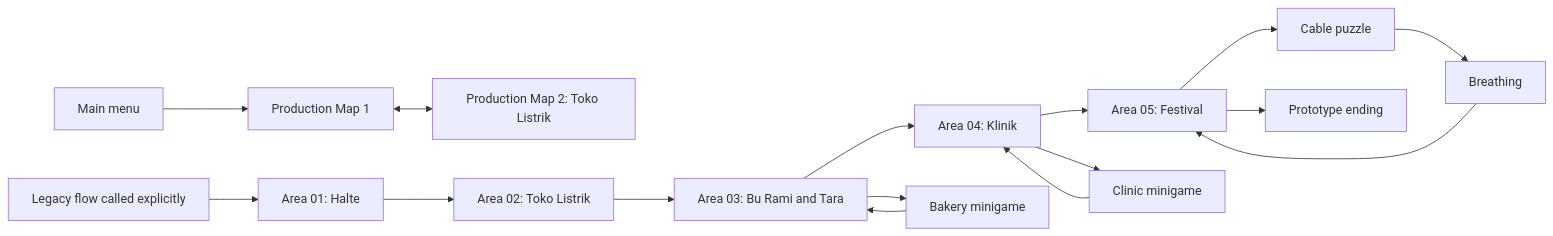
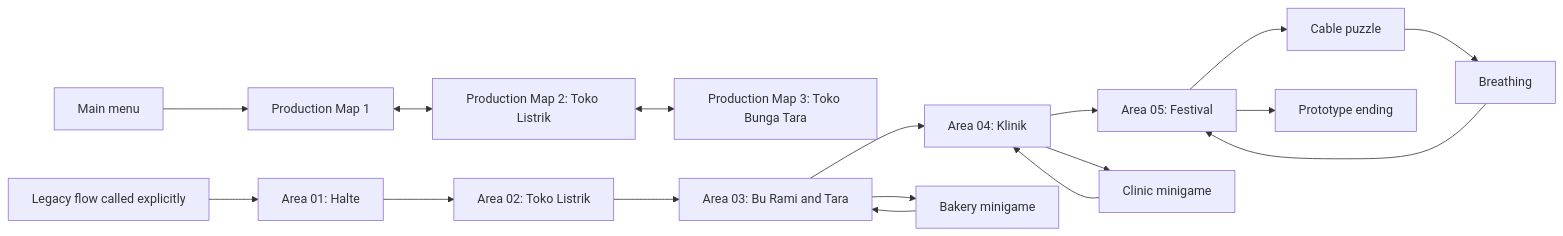
One commit to ZackAreNot/BeforeTheStreetLights changed the diagram in GDD_AND_AI_HANDOFF.md. Above: the diagram before and after it, drawn with Mermaid. The commit also changed other lines of this file and 16 other files, not shown here.

````diff
--- a/GDD_AND_AI_HANDOFF.md
+++ b/GDD_AND_AI_HANDOFF.md
@@ -540,18 +540,19 @@
 ```mermaid
 flowchart LR
     M["Main menu"] --> P1["Production Map 1"]
     P1 <--> P2["Production Map 2: Toko Listrik"]
+    P2 <--> P3["Production Map 3: Toko Bunga Tara"]
     L["Legacy flow called explicitly"] --> A1["Area 01: Halte"]
     A1 --> A2["Area 02: Toko Listrik"]
     A2 --> A3["Area 03: Bu Rami and Tara"]
     A3 --> A4["Area 04: Klinik"]
     A4 --> A5["Area 05: Festival"]
     A3 --> B["Bakery minigame"]
     B --> A3
     A4 --> C["Clinic minigame"]
     C --> A4
     A5 --> D["Cable puzzle"]
     D --> E["Breathing"]
     E --> A5
     A5 --> F["Prototype ending"]
 ```
````
